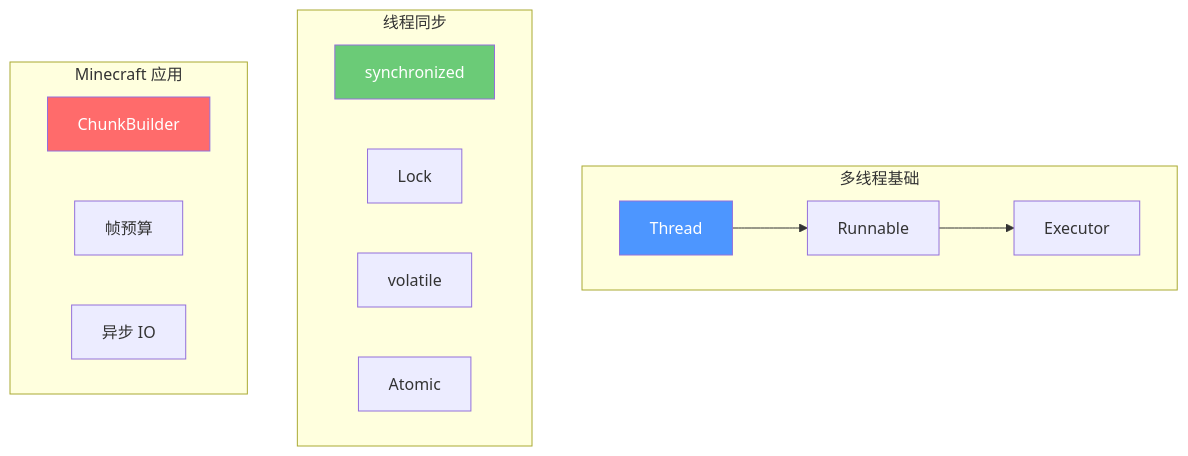
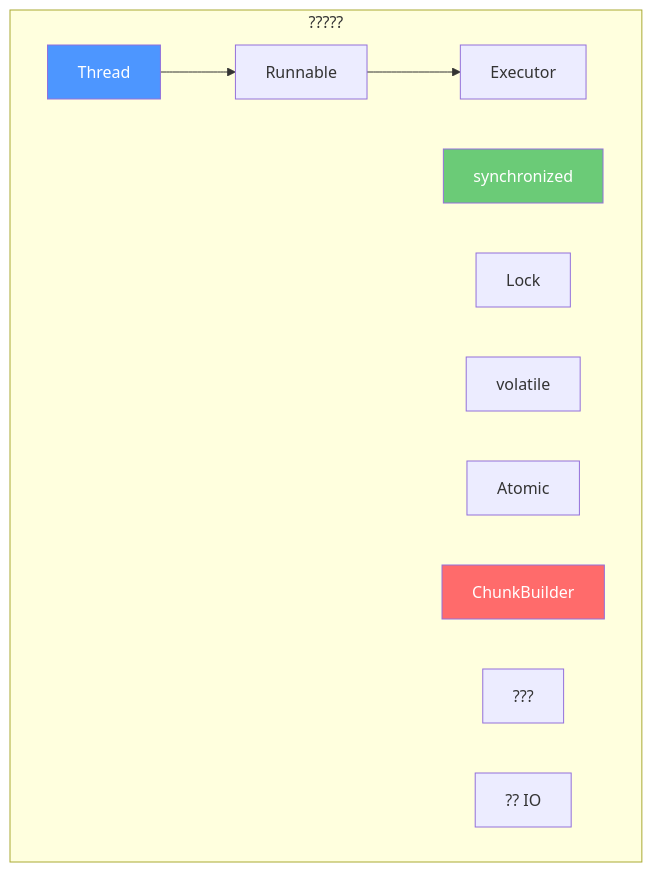
The diagram in content/sodium/tutorials/03-multithreading-basics.md (BaiGave/Minecraft-Learning), drawn with Mermaid before and after one commit. The commit also changed other lines of this file and 37 other files, not shown here.

````diff
--- a/content/sodium/tutorials/03-multithreading-basics.md
+++ b/content/sodium/tutorials/03-multithreading-basics.md
@@ -399,24 +329,24 @@
 ```mermaid
 flowchart TB
-    subgraph 基础["多线程基础"]
+    subgraph ??["?????"]
         A1[Thread] --> A2[Runnable]
         A2 --> A3[Executor]
     end
 
-    subgraph 进阶["线程同步"]
+    subgraph ??["????"]
         B1[synchronized]
         B2[Lock]
         B3[volatile]
         B4[Atomic]
     end
 
-    subgraph 应用["Minecraft 应用"]
+    subgraph ??["Minecraft ??"]
         C1[ChunkBuilder]
-        C2[帧预算]
-        C3[异步 IO]
+        C2[???]
+        C3[?? IO]
     end
 
     style A1 fill:#4d96ff,color:#fff
     style B1 fill:#6bcb77,color:#fff
     style C1 fill:#ff6b6b,color:#fff
 ```
````
